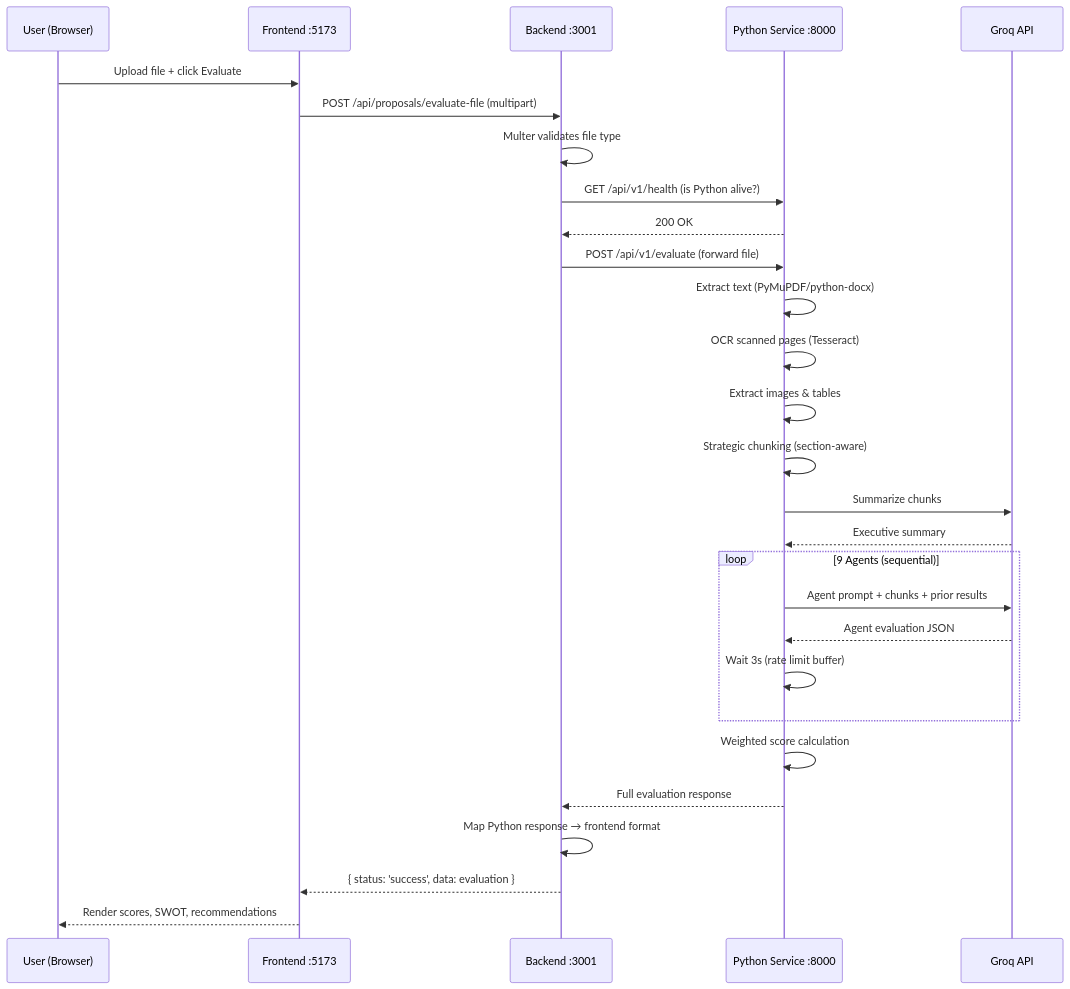
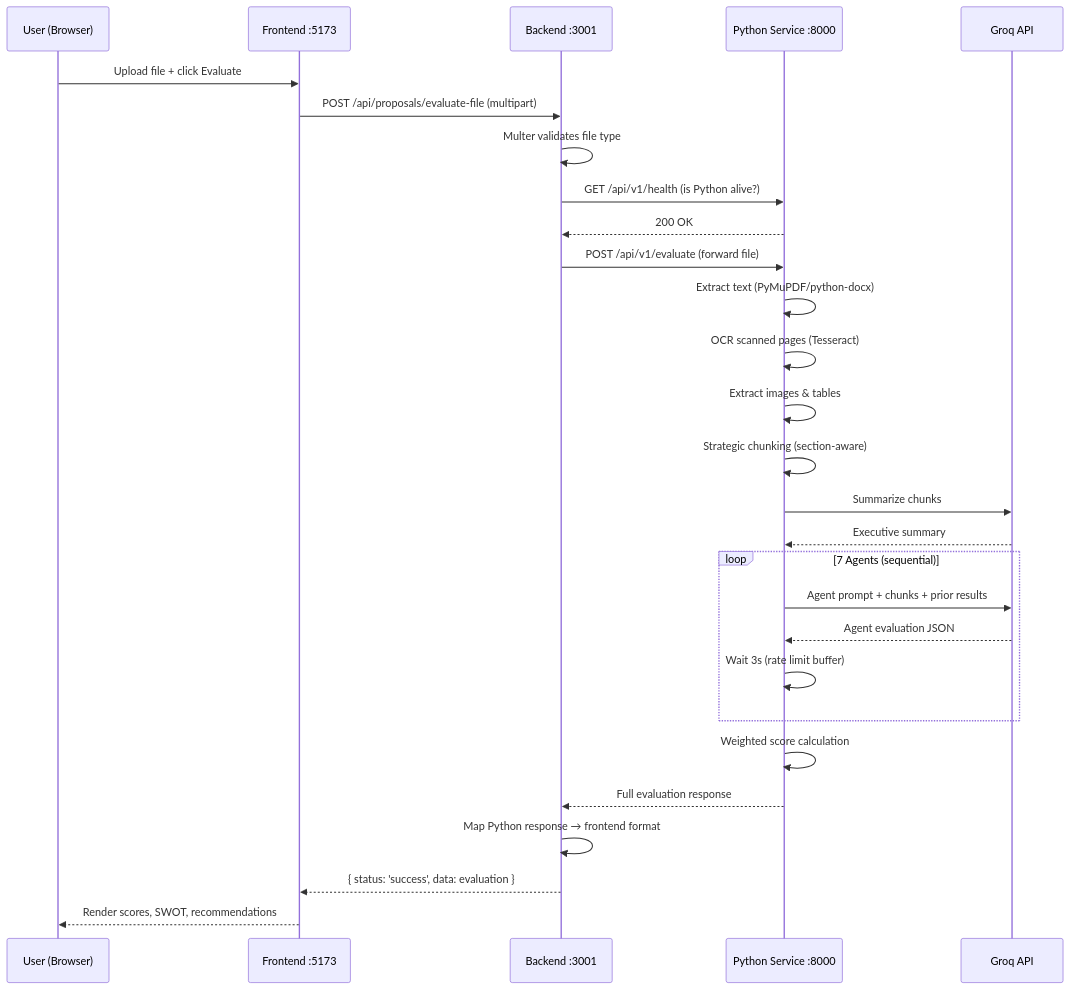
The diagram in docs/ARCHITECTURE.md (mayurk200/ai-proposal-evaluator), drawn with Mermaid before and after one commit. The commit also changed other lines of this file and 40 other files, not shown here.

````diff
--- a/docs/ARCHITECTURE.md
+++ b/docs/ARCHITECTURE.md
@@ -305,31 +305,31 @@
 ```mermaid
 sequenceDiagram
     participant U as User (Browser)
     participant F as Frontend :5173
     participant B as Backend :3001
     participant P as Python Service :8000
     participant G as Groq API
 
     U->>F: Upload file + click Evaluate
     F->>B: POST /api/proposals/evaluate-file (multipart)
     B->>B: Multer validates file type
     B->>P: GET /api/v1/health (is Python alive?)
     P-->>B: 200 OK
     B->>P: POST /api/v1/evaluate (forward file)
     P->>P: Extract text (PyMuPDF/python-docx)
     P->>P: OCR scanned pages (Tesseract)
     P->>P: Extract images & tables
     P->>P: Strategic chunking (section-aware)
     P->>G: Summarize chunks
     G-->>P: Executive summary
-    loop 9 Agents (sequential)
+    loop 7 Agents (sequential)
         P->>G: Agent prompt + chunks + prior results
         G-->>P: Agent evaluation JSON
         P->>P: Wait 3s (rate limit buffer)
     end
     P->>P: Weighted score calculation
     P-->>B: Full evaluation response
     B->>B: Map Python response → frontend format
     B-->>F: { status: 'success', data: evaluation }
     F-->>U: Render scores, SWOT, recommendations
 ```
````
